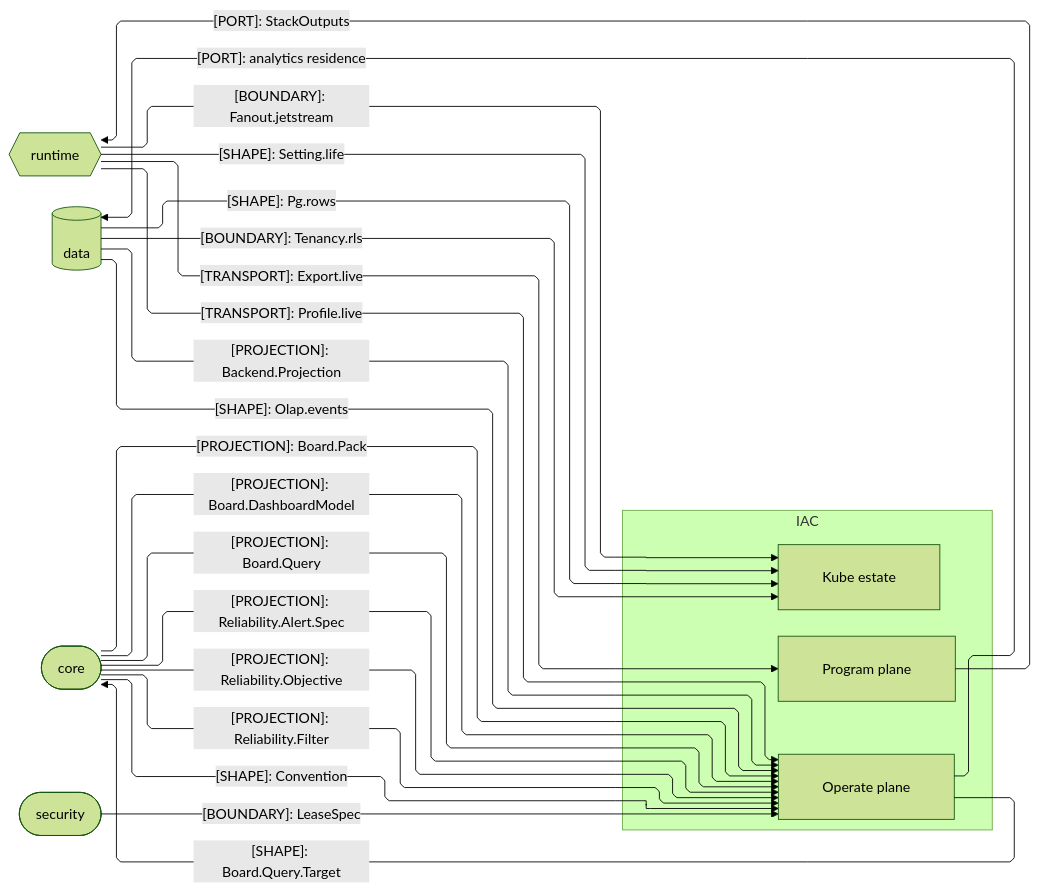
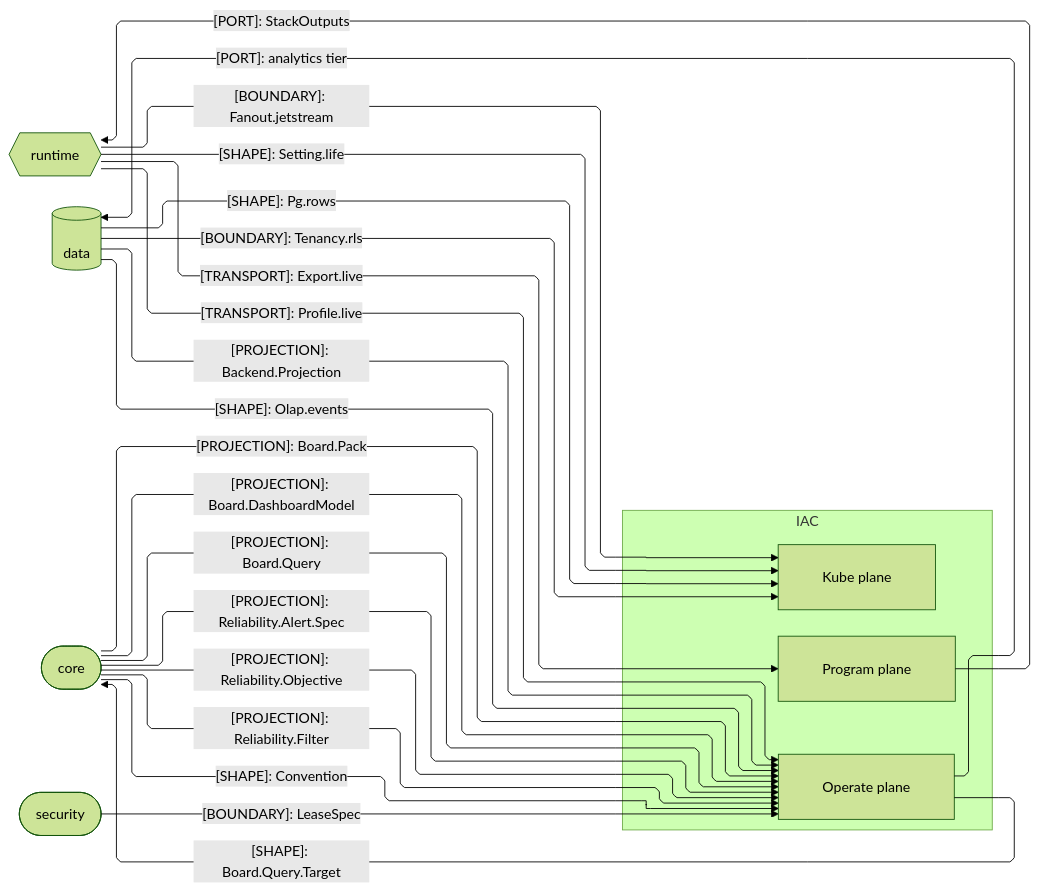
Before and after one commit to bsamiee/Rasm: the second of 3 diagrams in libs/typescript/iac/ARCHITECTURE.md, drawn with Mermaid (forest theme). The commit also changed other lines of this file and 1997 other files, not shown here.

First line of the commit message:
docs: rename rail to result and seam to boundary across the corpus

````diff
--- a/libs/typescript/iac/ARCHITECTURE.md
+++ b/libs/typescript/iac/ARCHITECTURE.md
@@ -80,40 +80,40 @@
 ```mermaid
 ---
 config:
   layout: elk
   flowchart:
     curve: linear
     padding: 25
 ---
 flowchart LR
-    accTitle: IaC package seam registry
+    accTitle: IaC package boundary registry
     accDescr: IaC owners exchanging stack outputs, data-plane shapes, board packs, and lease custody with runtime, data, core, and security.
     subgraph iac[IAC]
         Program[Program plane]
         Operate[Operate plane]
-        Kube[Kube estate]
+        Kube[Kube plane]
     end
     Runtime{{runtime}}
     Data[(data)]
     Core([core])
     Security([security])
     Program e1@-->|"[PORT]: StackOutputs"| Runtime
     Data e2@-->|"[SHAPE]: Pg.rows"| Kube
     Data e3@-->|"[BOUNDARY]: Tenancy.rls"| Kube
     Data e4@-->|"[PROJECTION]: Backend.Projection"| Operate
     Data e18@-->|"[SHAPE]: Olap.events"| Operate
     Core e19@-->|"[PROJECTION]: Board.Pack"| Operate
     Runtime e5@-->|"[BOUNDARY]: Fanout.jetstream"| Kube
     Runtime e6@-->|"[SHAPE]: Setting.life"| Kube
     Runtime e7@-->|"[TRANSPORT]: Export.live"| Program
     Runtime e8@-->|"[TRANSPORT]: Profile.live"| Operate
     Core e9@-->|"[PROJECTION]: Board.DashboardModel"| Operate
     Core e10@-->|"[PROJECTION]: Board.Query"| Operate
     Core e11@-->|"[PROJECTION]: Reliability.Alert.Spec"| Operate
     Core e12@-->|"[PROJECTION]: Reliability.Objective"| Operate
     Core e13@-->|"[PROJECTION]: Reliability.Filter"| Operate
     Core e14@-->|"[SHAPE]: Convention"| Operate
     Security e15@-->|"[BOUNDARY]: LeaseSpec"| Operate
-    Operate e16@-->|"[PORT]: analytics residence"| Data
+    Operate e16@-->|"[PORT]: analytics tier"| Data
     Operate e17@-->|"[SHAPE]: Board.Query.Target"| Core
 ```
````
